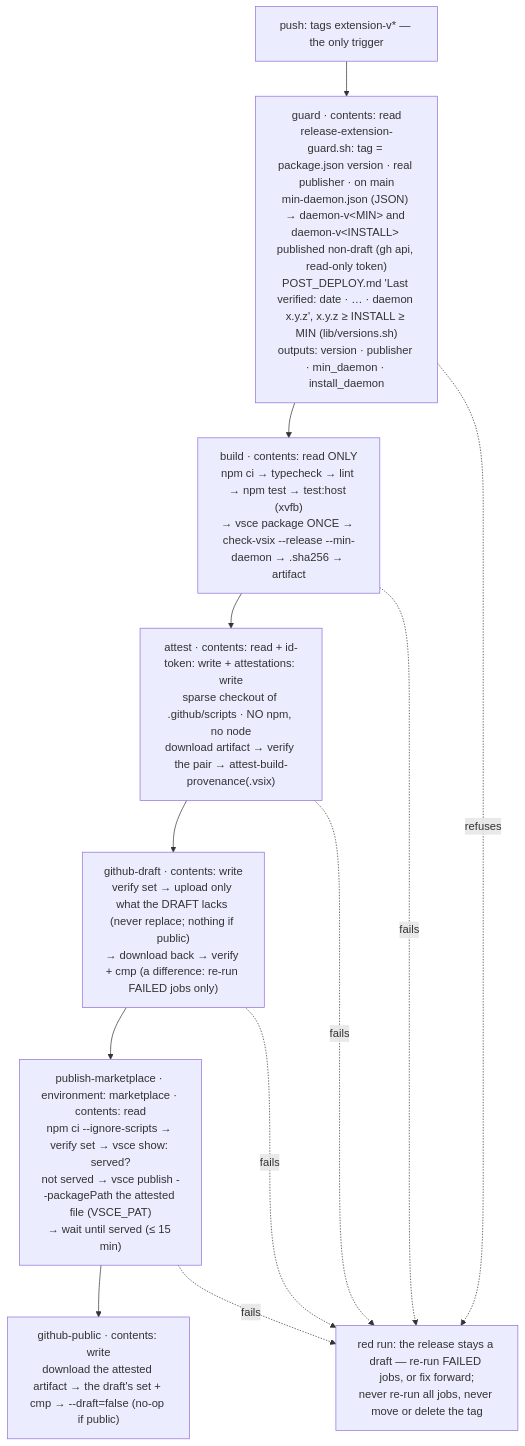
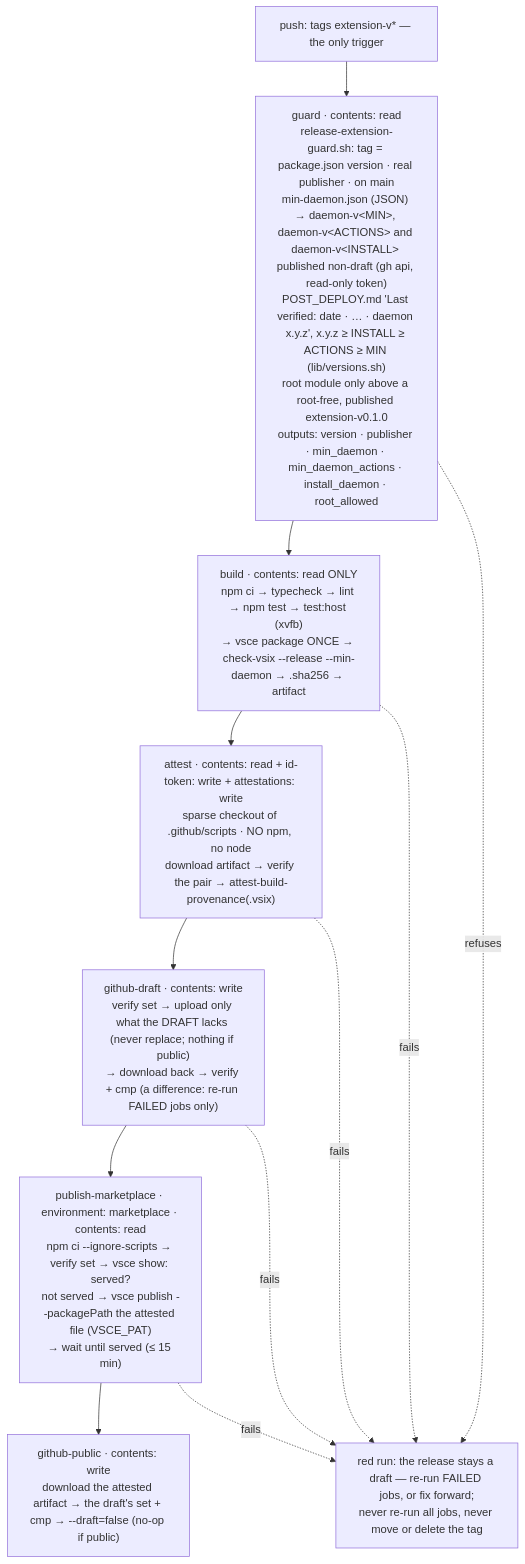
One commit to oleksandrdubyna88/wsl_care changed diagram 21 of 30 in research/architecture.md. Above: the diagram before and after it, drawn with Mermaid. The commit also changed other lines of this file and 13 other files, not shown here.

````diff
--- a/research/architecture.md
+++ b/research/architecture.md
@@ -2103,17 +2104,17 @@
 ```mermaid
 flowchart TD
     tag["push: tags extension-v* — the only trigger"]
-    guard["guard · contents: read<br/>release-extension-guard.sh: tag = package.json version · real publisher · on main<br/>min-daemon.json (JSON) → daemon-v&lt;MIN&gt; and daemon-v&lt;INSTALL&gt; published non-draft (gh api, read-only token)<br/>POST_DEPLOY.md 'Last verified: date · … · daemon x.y.z', x.y.z ≥ INSTALL ≥ MIN (lib/versions.sh)<br/>outputs: version · publisher · min_daemon · install_daemon"]
+    guard["guard · contents: read<br/>release-extension-guard.sh: tag = package.json version · real publisher · on main<br/>min-daemon.json (JSON) → daemon-v&lt;MIN&gt;, daemon-v&lt;ACTIONS&gt; and daemon-v&lt;INSTALL&gt; published non-draft (gh api, read-only token)<br/>POST_DEPLOY.md 'Last verified: date · … · daemon x.y.z', x.y.z ≥ INSTALL ≥ ACTIONS ≥ MIN (lib/versions.sh)<br/>root module only above a root-free, published extension-v0.1.0<br/>outputs: version · publisher · min_daemon · min_daemon_actions · install_daemon · root_allowed"]
     build["build · contents: read ONLY<br/>npm ci → typecheck → lint → npm test → test:host (xvfb)<br/>→ vsce package ONCE → check-vsix --release --min-daemon → .sha256 → artifact"]
     attest["attest · contents: read + id-token: write + attestations: write<br/>sparse checkout of .github/scripts · NO npm, no node<br/>download artifact → verify the pair → attest-build-provenance(.vsix)"]
     draft["github-draft · contents: write<br/>verify set → upload only what the DRAFT lacks (never replace; nothing if public)<br/>→ download back → verify + cmp (a difference: re-run FAILED jobs only)"]
     mkt["publish-marketplace · environment: marketplace · contents: read<br/>npm ci --ignore-scripts → verify set → vsce show: served?<br/>not served → vsce publish --packagePath the attested file (VSCE_PAT)<br/>→ wait until served (≤ 15 min)"]
     pub["github-public · contents: write<br/>download the attested artifact → the draft's set + cmp → --draft=false (no-op if public)"]
     stop["red run: the release stays a draft — re-run FAILED jobs, or fix forward;<br/>never re-run all jobs, never move or delete the tag"]
     tag --> guard --> build --> attest --> draft --> mkt --> pub
     guard -. refuses .-> stop
     build -. fails .-> stop
     attest -. fails .-> stop
     draft -. fails .-> stop
     mkt -. fails .-> stop
 ```
````
